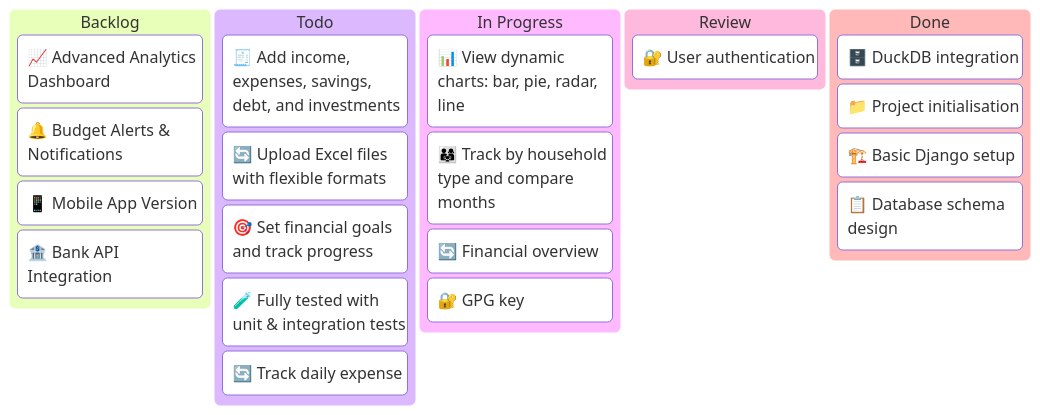
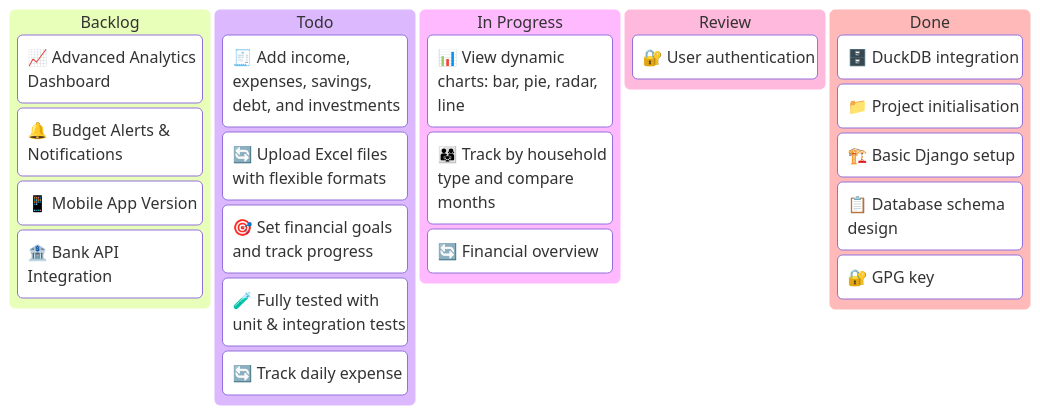
One commit to ChiaZen/personal-finance-tracker changed the diagram in README.md. Above: the diagram before and after it, drawn with Mermaid.

Commit message:
docs: gpg key completed

````diff
--- a/README.md
+++ b/README.md
@@ -21,30 +21,30 @@
 ```mermaid
 kanban
     Backlog
         📈 Advanced Analytics Dashboard
         🔔 Budget Alerts & Notifications
         📱 Mobile App Version
         🏦 Bank API Integration
 
     Todo
         🧾 Add income, expenses, savings, debt, and investments
         🔄 Upload Excel files with flexible formats
         🎯 Set financial goals and track progress
         🧪 Fully tested with unit & integration tests
         🔄 Track daily expense
 
     In Progress
         📊 View dynamic charts: bar, pie, radar, line
         👨‍👩‍👧 Track by household type and compare months
         🔄 Financial overview
-        🔐 GPG key
-
+        
     Review
         🔐 User authentication
 
     Done
         🗄️ DuckDB integration
         📁 Project initialisation
         🏗️ Basic Django setup
         📋 Database schema design
+        🔐 GPG key
 ```
````
